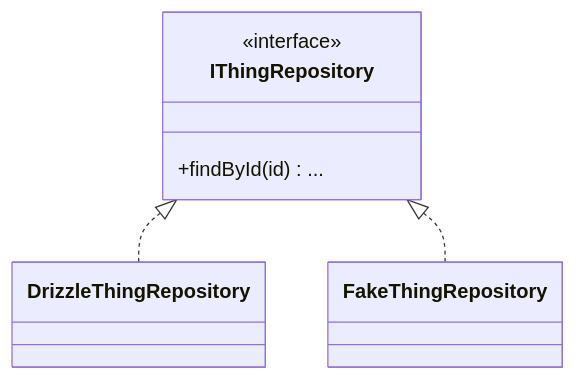
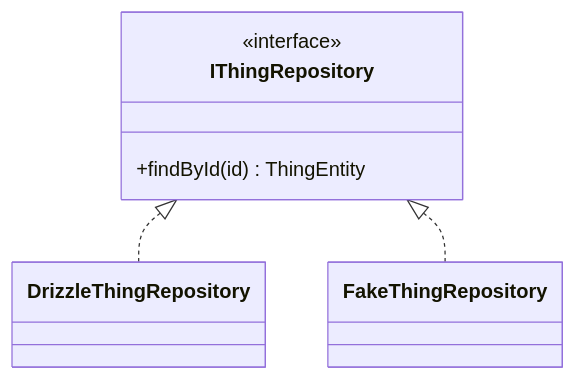
The first of 3 diagrams in gsd-core/templates/DESIGN.md (Govorin/gsd-core), drawn with Mermaid before and after one commit. The commit also changed other lines of this file and 5 other files, not shown here.

First line of the commit message:
feat(agents): mermaid by default in docs, checked by diagrams check

````diff
--- a/gsd-core/templates/DESIGN.md
+++ b/gsd-core/templates/DESIGN.md
@@ -89,9 +91,11 @@
 ```mermaid
 classDiagram
   class IThingRepository {
     <<interface>>
-    +findById(id) ...
+    +findById(id) ThingEntity
   }
+  class DrizzleThingRepository
+  class FakeThingRepository
   IThingRepository <|.. DrizzleThingRepository
   IThingRepository <|.. FakeThingRepository
 ```
````
